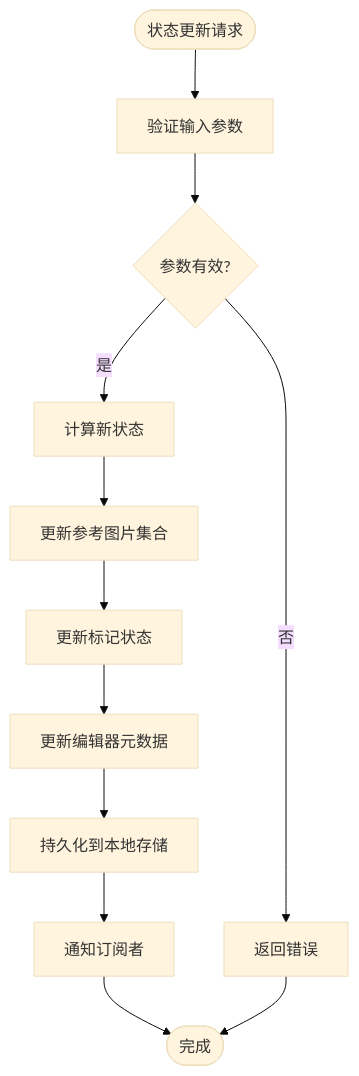
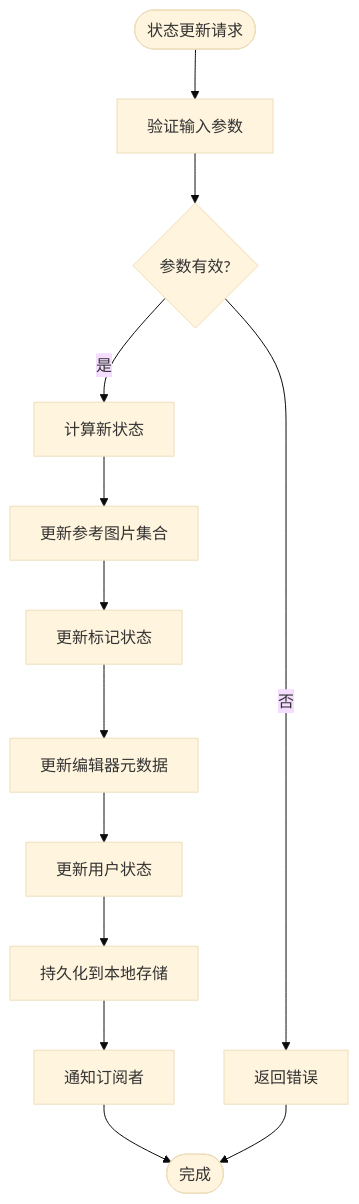
The fifth of 21 diagrams in .qoder/repowiki/zh/content/状态管理系统.md (billye220670/BananaFlow2), drawn with Mermaid (base theme) before and after one commit. The commit also changed other lines of this file and 6 other files, not shown here.

````diff
--- a/.qoder/repowiki/zh/content/状态管理系统.md
+++ b/.qoder/repowiki/zh/content/状态管理系统.md
@@ -270,14 +317,15 @@
 ```mermaid
 flowchart TD
 Start([状态更新请求]) --> Validate["验证输入参数"]
 Validate --> Valid{"参数有效?"}
 Valid --> |否| Error["返回错误"]
 Valid --> |是| Compute["计算新状态"]
 Compute --> UpdateRefs["更新参考图片集合"]
 UpdateRefs --> UpdateMarkers["更新标记状态"]
 UpdateMarkers --> UpdateEditor["更新编辑器元数据"]
-UpdateEditor --> Persist["持久化到本地存储"]
+UpdateEditor --> UpdateUser["更新用户状态"]
+UpdateUser --> Persist["持久化到本地存储"]
 Persist --> Notify["通知订阅者"]
 Notify --> End([完成])
 Error --> End
 ```
````
